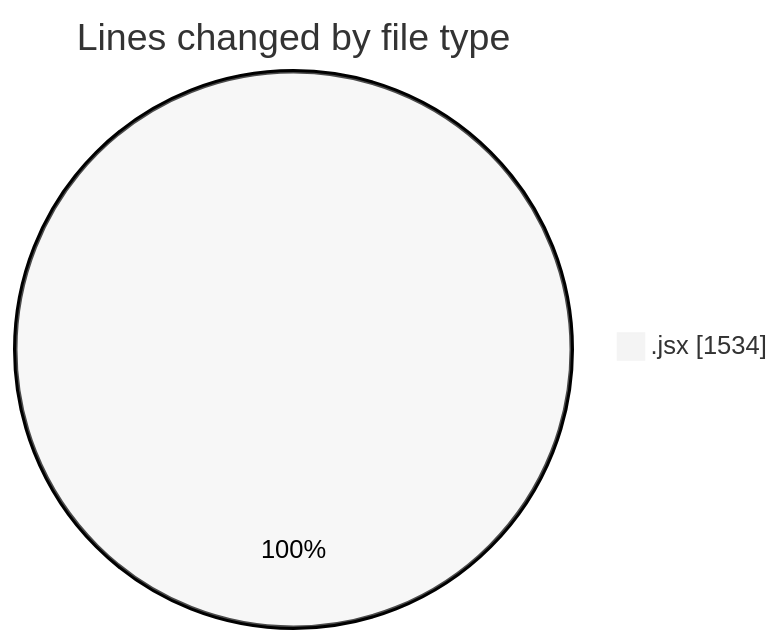
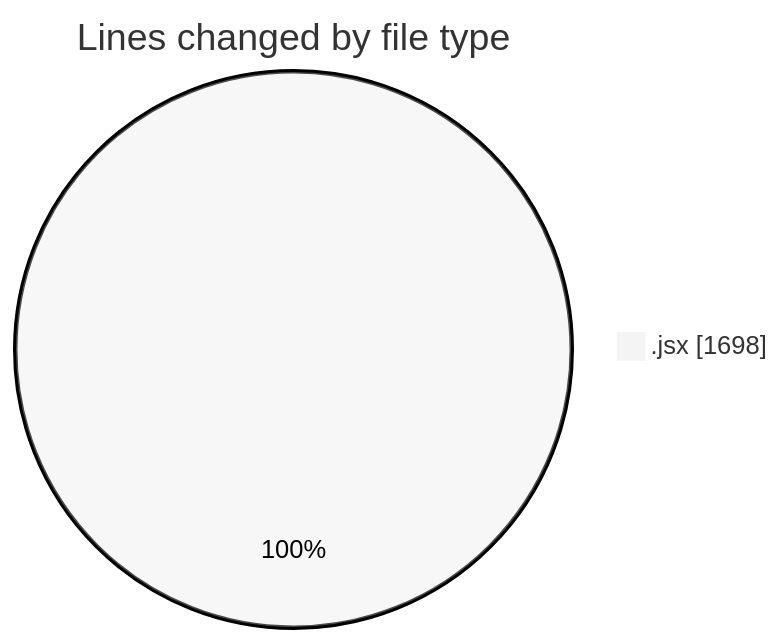
Before and after one commit to nxtqubesakshisongat/code-tracking: the first of 2 diagrams in 2026-11-22/nashik-misal-queue/README.md, drawn with Mermaid (neutral theme). The commit also changed other lines of this file and 1 other file, not shown here.

````diff
--- a/2026-11-22/nashik-misal-queue/README.md
+++ b/2026-11-22/nashik-misal-queue/README.md
@@ -21,5 +21,5 @@
 ```mermaid
 pie showData
 title Lines changed by file type
-".jsx" : 1534
+".jsx" : 1698
 ```
````
